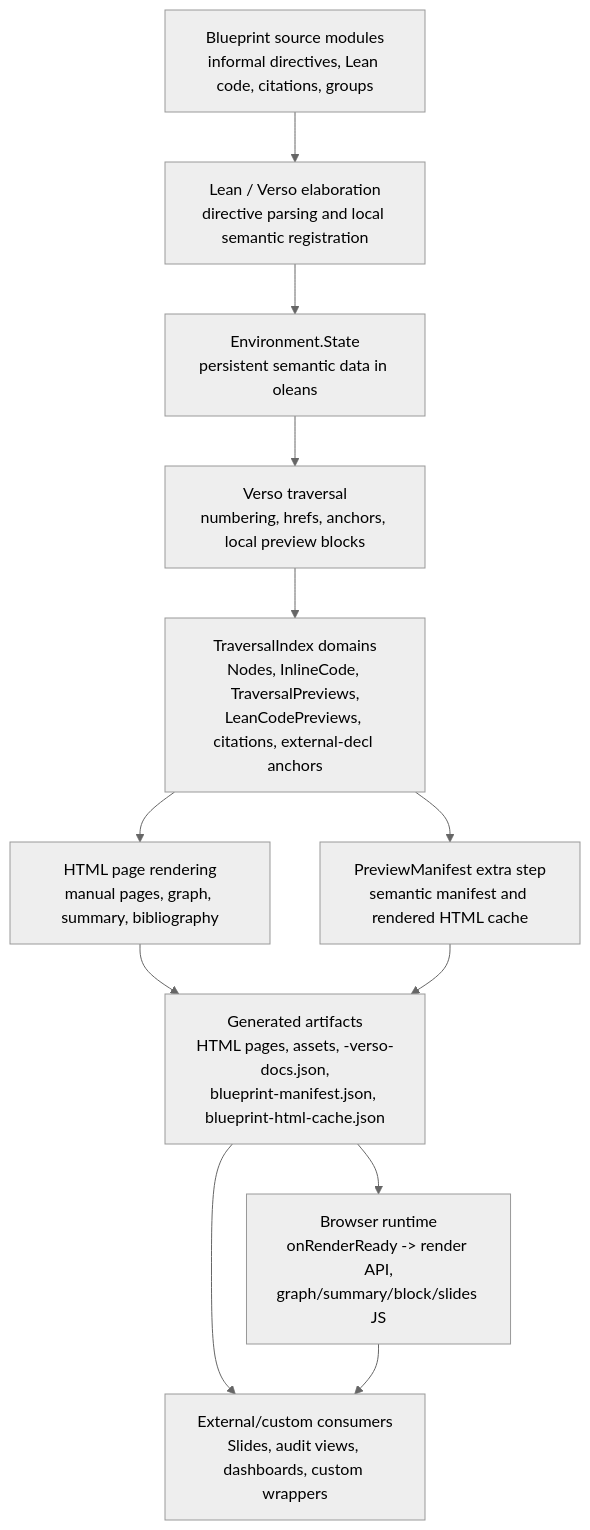
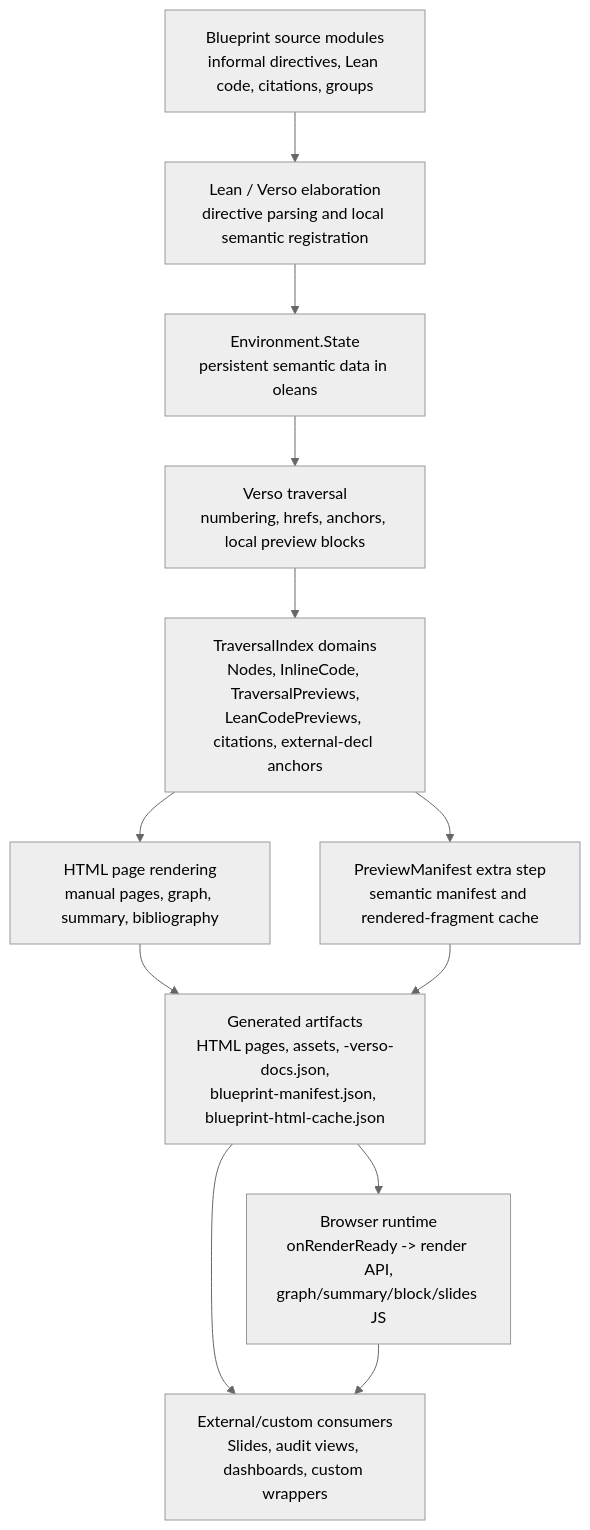
One commit to eric-vergo/Showcase changed the first of 2 diagrams in doc/DESIGN_RATIONALE.md. Above: the diagram before and after it, drawn with Mermaid (neutral theme). The commit also changed other lines of this file and 2 other files, not shown here.

Commit message:
doc: clarify manifest cache ownership

````diff
--- a/doc/DESIGN_RATIONALE.md
+++ b/doc/DESIGN_RATIONALE.md
@@ -131,25 +131,25 @@
 ```mermaid
 flowchart TD
   source["Blueprint source modules<br/>informal directives, Lean code, citations, groups"]
   elab["Lean / Verso elaboration<br/>directive parsing and local semantic registration"]
   env["Environment.State<br/>persistent semantic data in oleans"]
   traverse["Verso traversal<br/>numbering, hrefs, anchors, local preview blocks"]
   indexes["TraversalIndex domains<br/>Nodes, InlineCode, TraversalPreviews,<br/>LeanCodePreviews, citations, external-decl anchors"]
   render["HTML page rendering<br/>manual pages, graph, summary, bibliography"]
-  manifest["PreviewManifest extra step<br/>semantic manifest and rendered HTML cache"]
+  manifest["PreviewManifest extra step<br/>semantic manifest and rendered-fragment cache"]
   artifacts["Generated artifacts<br/>HTML pages, assets, -verso-docs.json,<br/>blueprint-manifest.json, blueprint-html-cache.json"]
   browser["Browser runtime<br/>onRenderReady -> render API,<br/>graph/summary/block/slides JS"]
   consumers["External/custom consumers<br/>Slides, audit views, dashboards, custom wrappers"]
 
   source --> elab
   elab --> env
   env --> traverse
   traverse --> indexes
   indexes --> render
   indexes --> manifest
   render --> artifacts
   manifest --> artifacts
   artifacts --> browser
   artifacts --> consumers
   browser --> consumers
 ```
````
